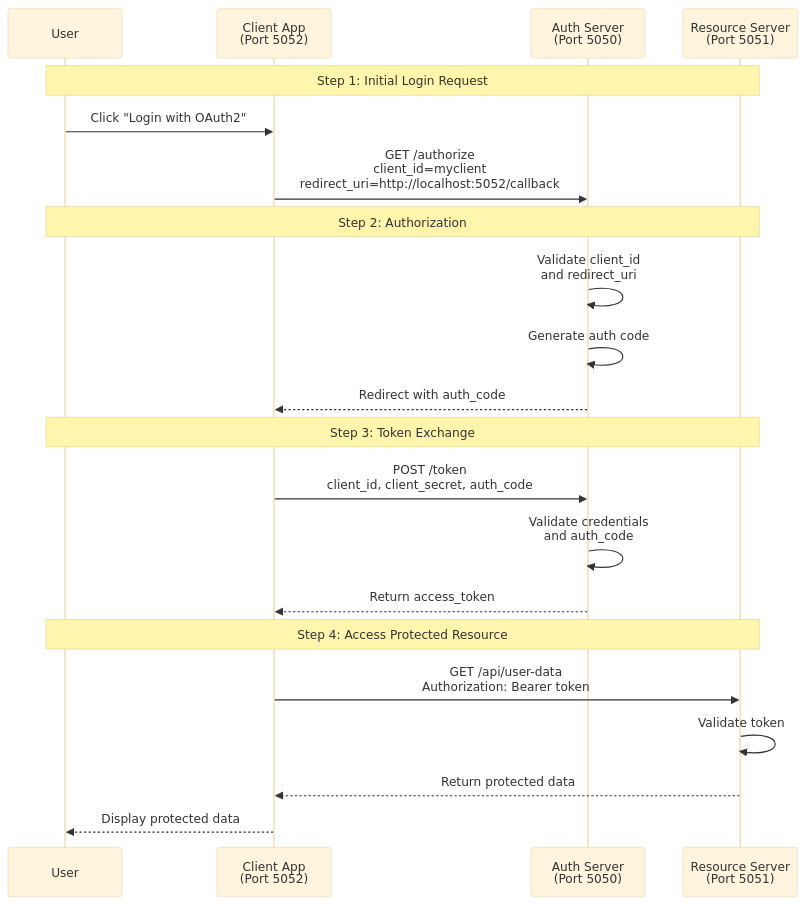
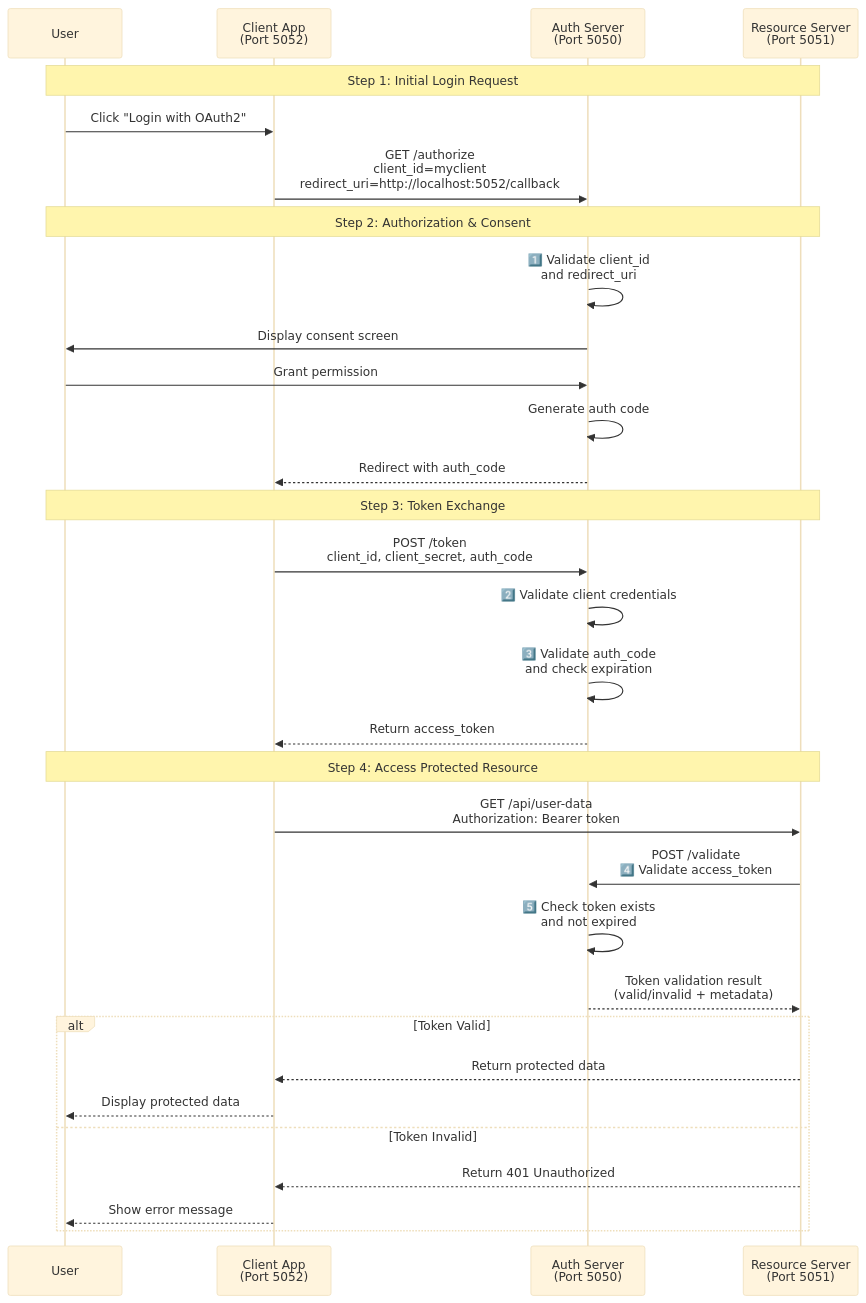
Before and after one commit to ssime-git/mc_sec_api: the diagram in oauth2/README.md, drawn with Mermaid (base theme). The commit also changed other lines of this file and 15 other files, not shown here.

````diff
--- a/oauth2/README.md
+++ b/oauth2/README.md
@@ -27,27 +27,37 @@
 ```mermaid
 sequenceDiagram
     participant User
     participant Client as Client App<br/>(Port 5052)
     participant Auth as Auth Server<br/>(Port 5050)
     participant Resource as Resource Server<br/>(Port 5051)
 
     Note over User,Resource: Step 1: Initial Login Request
     User->>Client: Click "Login with OAuth2"
     Client->>Auth: GET /authorize<br/>client_id=myclient<br/>redirect_uri=http://localhost:5052/callback
     
-    Note over User,Resource: Step 2: Authorization
-    Auth->>Auth: Validate client_id<br/>and redirect_uri
+    Note over User,Resource: Step 2: Authorization & Consent
+    Auth->>Auth: 1️⃣ Validate client_id<br/>and redirect_uri
+    Auth->>User: Display consent screen
+    User->>Auth: Grant permission
     Auth->>Auth: Generate auth code
     Auth-->>Client: Redirect with auth_code
     
     Note over User,Resource: Step 3: Token Exchange
     Client->>Auth: POST /token<br/>client_id, client_secret, auth_code
-    Auth->>Auth: Validate credentials<br/>and auth_code
+    Auth->>Auth: 2️⃣ Validate client credentials
+    Auth->>Auth: 3️⃣ Validate auth_code<br/>and check expiration
     Auth-->>Client: Return access_token
     
     Note over User,Resource: Step 4: Access Protected Resource
     Client->>Resource: GET /api/user-data<br/>Authorization: Bearer token
-    Resource->>Resource: Validate token
-    Resource-->>Client: Return protected data
-    Client-->>User: Display protected data
+    Resource->>Auth: POST /validate<br/>4️⃣ Validate access_token
+    Auth->>Auth: 5️⃣ Check token exists<br/>and not expired
+    Auth-->>Resource: Token validation result<br/>(valid/invalid + metadata)
+    alt Token Valid
+        Resource-->>Client: Return protected data
+        Client-->>User: Display protected data
+    else Token Invalid
+        Resource-->>Client: Return 401 Unauthorized
+        Client-->>User: Show error message
+    end
 ```
````
